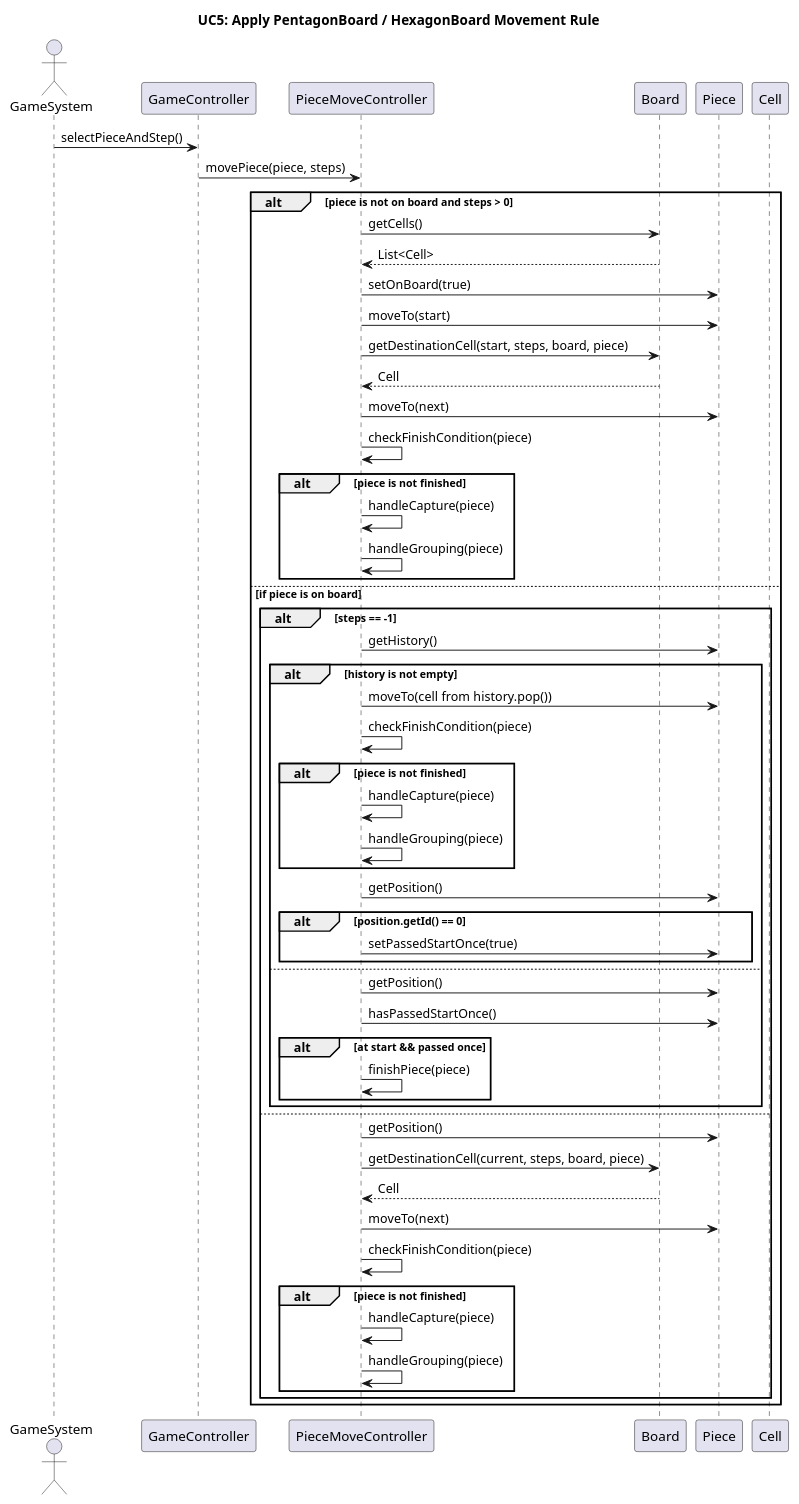
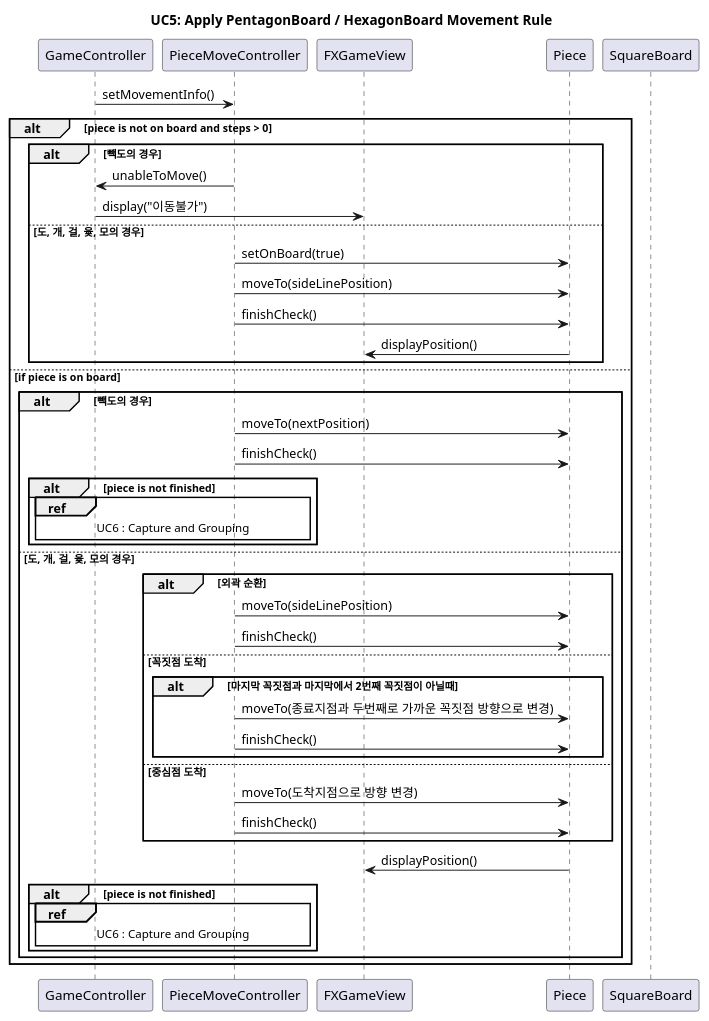
The diagram in UC5.puml (jack0928/SE-Term-Project-2025), drawn with PlantUML before and after one commit. The commit also changed 4 other files, not shown here.

Commit message:
docs: sequence diagram 1차 완성

```diff
--- a/UC5.puml
+++ b/UC5.puml
@@ -1,63 +1,56 @@
 @startuml
 title UC5: Apply PentagonBoard / HexagonBoard Movement Rule
 
-actor GameSystem
+
 participant GameController
 participant PieceMoveController
-participant Board
+participant FXGameView
 participant Piece
-participant Cell
+participant SquareBoard
 
-GameSystem -> GameController : selectPieceAndStep()
-GameController -> PieceMoveController : movePiece(piece, steps)
+
+GameController -> PieceMoveController : setMovementInfo()
 
 alt piece is not on board and steps > 0
-    PieceMoveController -> Board : getCells()
-    Board --> PieceMoveController : List<Cell>
-    PieceMoveController -> Piece : setOnBoard(true)
-    PieceMoveController -> Piece : moveTo(start)
-
-    PieceMoveController -> Board : getDestinationCell(start, steps, board, piece)
-    Board --> PieceMoveController : Cell
-    PieceMoveController -> Piece : moveTo(next)
-    PieceMoveController -> PieceMoveController : checkFinishCondition(piece)
-    alt piece is not finished
-        PieceMoveController -> PieceMoveController : handleCapture(piece)
-        PieceMoveController -> PieceMoveController : handleGrouping(piece)
-    end
+	alt 빽도의 경우
+    	PieceMoveController -> GameController : unableToMove()
+    	GameController -> FXGameView : display("이동불가")
+    else 도, 개, 걸, 윷, 모의 경우
+    	PieceMoveController -> Piece : setOnBoard(true)
+        PieceMoveController -> Piece : moveTo(sideLinePosition)
+        PieceMoveController -> Piece : finishCheck()
+        Piece -> FXGameView : displayPosition()
+    end alt
 
 else if piece is on board
-    alt steps == -1
-        PieceMoveController -> Piece : getHistory()
-        alt history is not empty
-            PieceMoveController -> Piece : moveTo(cell from history.pop())
-            PieceMoveController -> PieceMoveController : checkFinishCondition(piece)
+    alt 빽도의 경우
+            PieceMoveController -> Piece : moveTo(nextPosition)
+            PieceMoveController -> Piece : finishCheck()
             alt piece is not finished
-                PieceMoveController -> PieceMoveController : handleCapture(piece)
-                PieceMoveController -> PieceMoveController : handleGrouping(piece)
+                ref over GameController, PieceMoveController
+                	UC6 : Capture and Grouping
+                end ref
             end
-            PieceMoveController -> Piece : getPosition()
-            alt position.getId() == 0
-                PieceMoveController -> Piece : setPassedStartOnce(true)
-            end
-        else
-            PieceMoveController -> Piece : getPosition()
-            PieceMoveController -> Piece : hasPassedStartOnce()
-            alt at start && passed once
-                PieceMoveController -> PieceMoveController : finishPiece(piece)
-            end
-        end
-    else
-        PieceMoveController -> Piece : getPosition()
-        PieceMoveController -> Board : getDestinationCell(current, steps, board, piece)
-        Board --> PieceMoveController : Cell
-        PieceMoveController -> Piece : moveTo(next)
-        PieceMoveController -> PieceMoveController : checkFinishCondition(piece)
+    else 도, 개, 걸, 윷, 모의 경우
+    	alt 외곽 순환
+        	PieceMoveController -> Piece : moveTo(sideLinePosition)
+        	PieceMoveController -> Piece : finishCheck()
+        else 꼭짓점 도착
+        	alt 마지막 꼭짓점과 마지막에서 2번째 꼭짓점이 아닐때
+        		PieceMoveController -> Piece : moveTo(종료지점과 두번째로 가까운 꼭짓점 방향으로 변경)
+        		PieceMoveController -> Piece : finishCheck()
+        	end alt
+       	else 중심점 도착
+       		PieceMoveController -> Piece : moveTo(도착지점으로 방향 변경)
+       		PieceMoveController -> Piece : finishCheck()
+        end alt
+        Piece -> FXGameView : displayPosition()
         alt piece is not finished
-            PieceMoveController -> PieceMoveController : handleCapture(piece)
-            PieceMoveController -> PieceMoveController : handleGrouping(piece)
+            ref over GameController, PieceMoveController
+            	UC6 : Capture and Grouping
+            end ref
         end
     end
 end
 
 @enduml
```
